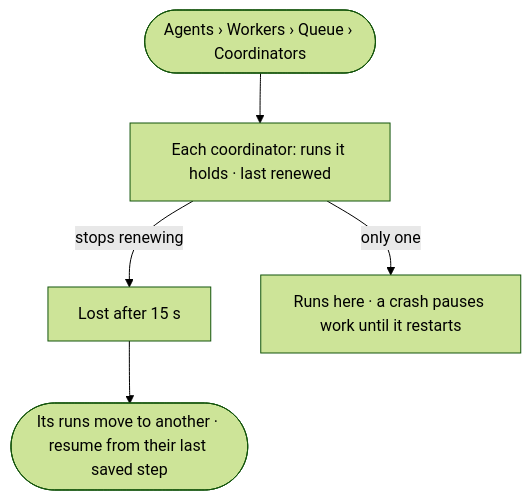
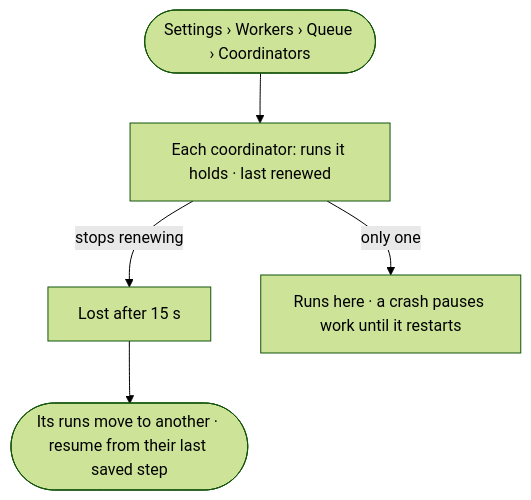
Before and after one commit to invana/invana: the diagram in specs/os/control/features/CP-F03-workers-and-the-queue/stories/CP-07-a-lost-coordinator-costs-seconds-not-runs/story.md, drawn with Mermaid (forest theme). The commit also changed other lines of this file and 43 other files, not shown here.

First line of the commit message:
docs(specs): Agents mode keeps work; Plugins, Fleet, Workers move to Settings

````diff
--- a/specs/os/control/features/CP-F03-workers-and-the-queue/stories/CP-07-a-lost-coordinator-costs-seconds-not-runs/story.md
+++ b/specs/os/control/features/CP-F03-workers-and-the-queue/stories/CP-07-a-lost-coordinator-costs-seconds-not-runs/story.md
@@ -26,7 +26,7 @@
 ```mermaid
 flowchart TD
-  s([Agents › Workers › Queue › Coordinators]) --> l["Each coordinator: runs it holds · last renewed"]
+  s([Settings › Workers › Queue › Coordinators]) --> l["Each coordinator: runs it holds · last renewed"]
   l -->|stops renewing| lost["Lost after 15 s"]
   lost --> mv(["Its runs move to another · resume from their last saved step"])
   l -->|only one| one["Runs here · a crash pauses work until it restarts"]
 ```
````
